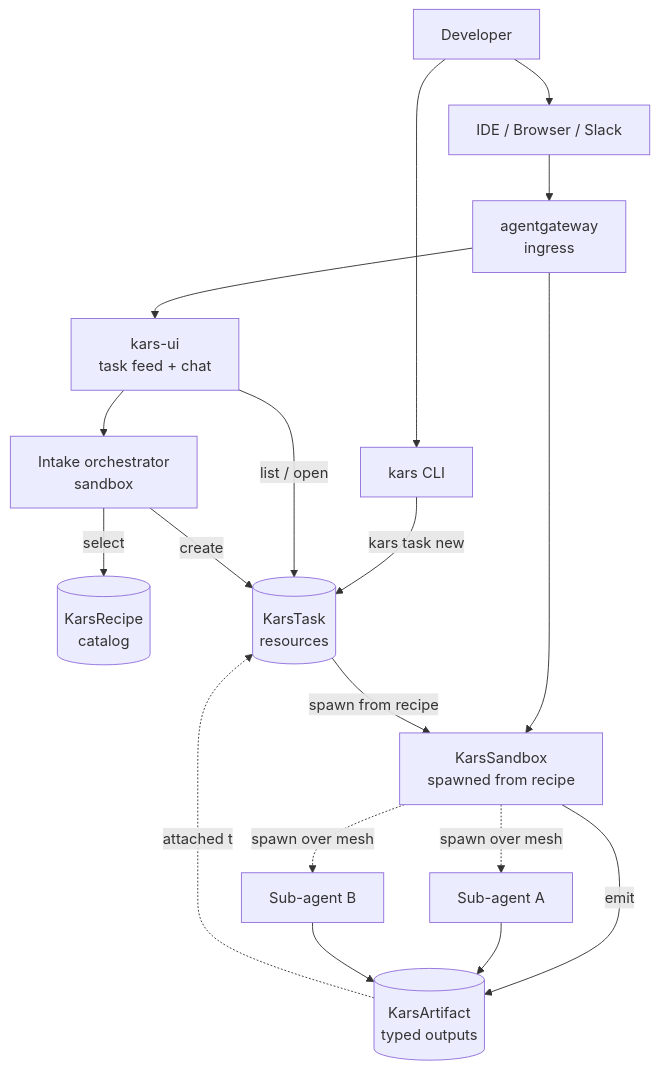
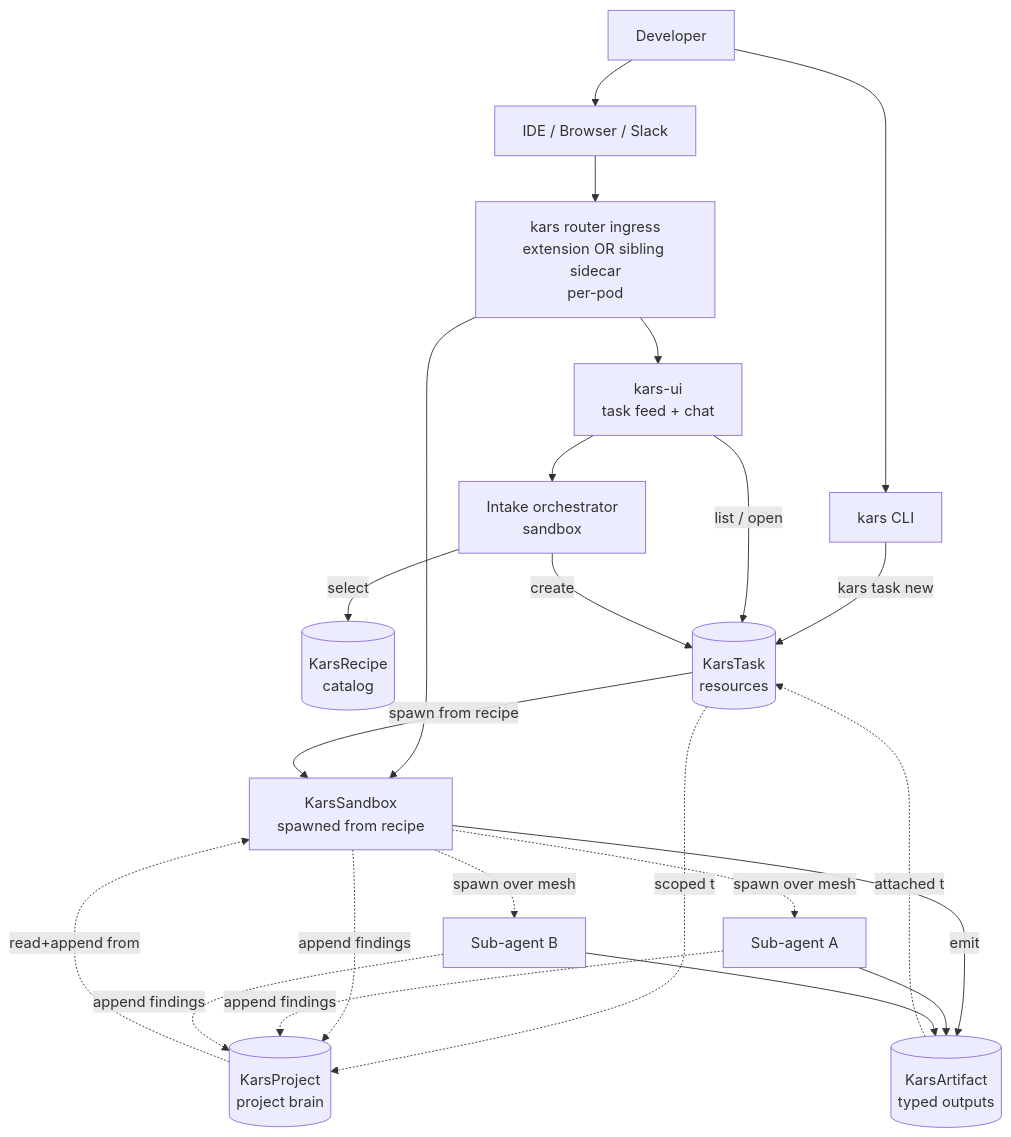
The diagram in docs/internal/dev-experience-design-note.md (Azure/kars), drawn with Mermaid before and after one commit. The commit also changed other lines of this file, not shown here.

````diff
--- a/docs/internal/dev-experience-design-note.md
+++ b/docs/internal/dev-experience-design-note.md
@@ -190,37 +249,43 @@
 ```mermaid
 flowchart TB
   User[Developer]
   IDE[IDE / Browser / Slack]
-  AGW[agentgateway<br/>ingress]
+  Ingress[kars router ingress<br/>extension OR sibling sidecar<br/>per-pod]
   Web[kars-ui<br/>task feed + chat]
   CLI[kars CLI]
 
   Intake[Intake orchestrator<br/>sandbox]
   Recipe[(KarsRecipe<br/>catalog)]
   Task[(KarsTask<br/>resources)]
+  Project[(KarsProject<br/>project brain)]
   Sandbox[KarsSandbox<br/>spawned from recipe]
   SubA[Sub-agent A]
   SubB[Sub-agent B]
   Artifact[(KarsArtifact<br/>typed outputs)]
 
   User --> IDE
   User --> CLI
-  IDE --> AGW
-  AGW --> Web
-  AGW --> Sandbox
+  IDE --> Ingress
+  Ingress --> Web
+  Ingress --> Sandbox
   CLI -->|kars task new| Task
 
   Web -->|list / open| Task
   Web --> Intake
   Intake -->|select| Recipe
   Intake -->|create| Task
   Task -->|spawn from recipe| Sandbox
+  Task -.scoped to.-> Project
 
   Sandbox -.spawn over mesh.-> SubA
   Sandbox -.spawn over mesh.-> SubB
   Sandbox -->|emit| Artifact
   SubA --> Artifact
   SubB --> Artifact
+  Sandbox -.append findings.-> Project
+  SubA -.append findings.-> Project
+  SubB -.append findings.-> Project
 
   Artifact -.attached to.-> Task
+  Project -.read+append from.-> Sandbox
 ```
````
